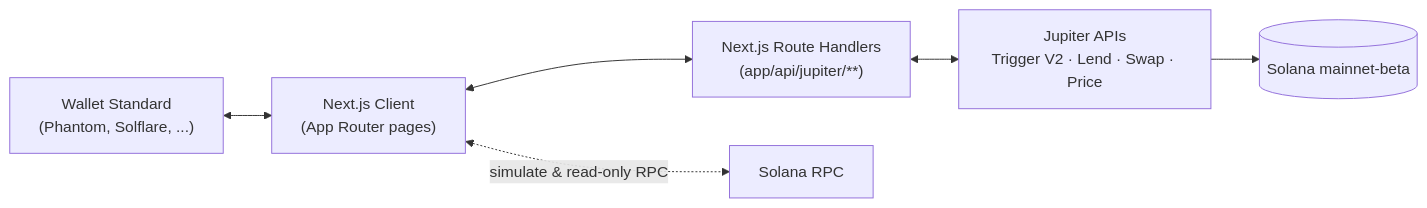
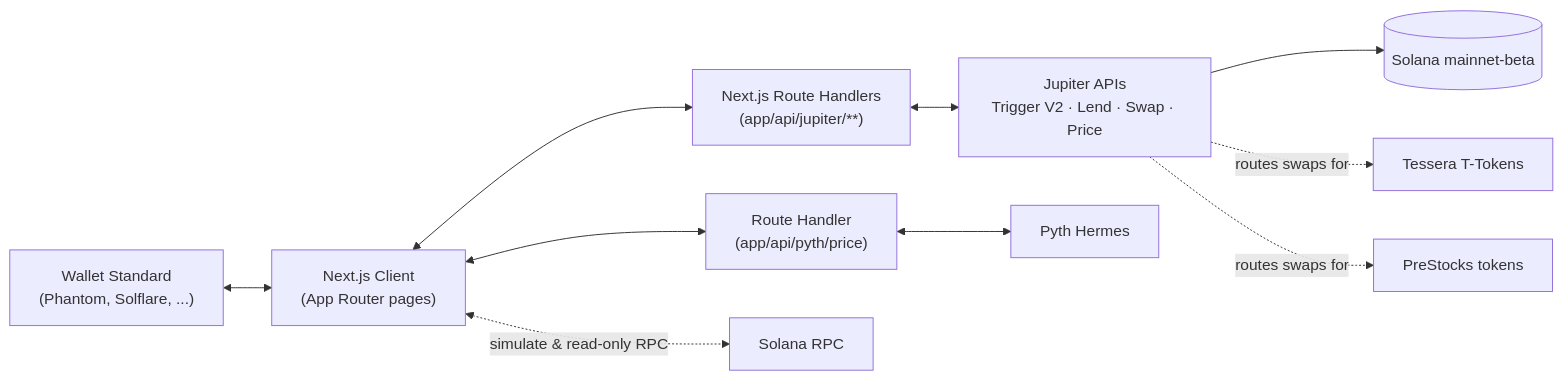
Before and after one commit to sogobanwo/StackNBorrow: the diagram in README.md, drawn with Mermaid. The commit also changed other lines of this file, not shown here.

Commit message:
docs: update README.md to include details on PreStocks and Pyth Network integration; enhance descriptions for dashboard screens and features

````diff
--- a/README.md
+++ b/README.md
@@ -79,8 +138,12 @@
 ```mermaid
 flowchart LR
     Wallet["Wallet Standard\n(Phantom, Solflare, ...)"] <--> Client["Next.js Client\n(App Router pages)"]
-    Client <--> Routes["Next.js Route Handlers\n(app/api/jupiter/**)"]
-    Routes <--> Jupiter["Jupiter APIs\nTrigger V2 · Lend · Swap · Price"]
+    Client <--> JRoutes["Next.js Route Handlers\n(app/api/jupiter/**)"]
+    Client <--> PRoutes["Route Handler\n(app/api/pyth/price)"]
+    JRoutes <--> Jupiter["Jupiter APIs\nTrigger V2 · Lend · Swap · Price"]
+    PRoutes <--> Pyth["Pyth Hermes"]
     Client <-. simulate & read-only RPC .-> RPC["Solana RPC"]
     Jupiter --> Solana[(Solana mainnet-beta)]
+    Jupiter -. routes swaps for .-> Tessera[Tessera T-Tokens]
+    Jupiter -. routes swaps for .-> PreStocks[PreStocks tokens]
 ```
````
